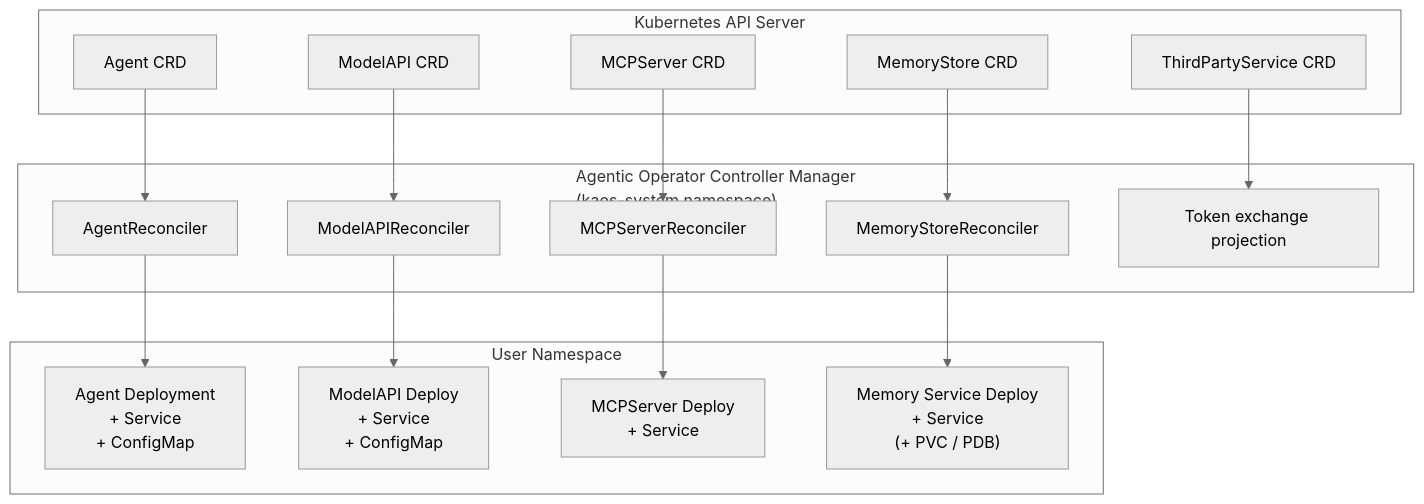
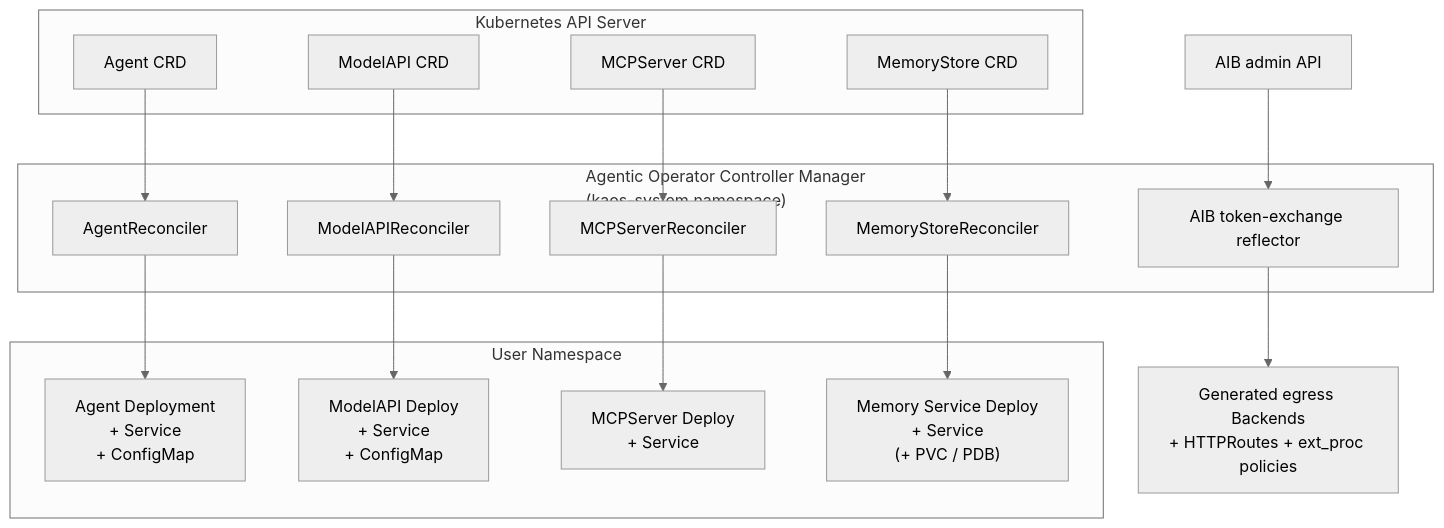
One commit to axsaucedo/kaos changed the first of 2 diagrams in docs/operator/overview.md. Above: the diagram before and after it, drawn with Mermaid (neutral theme). The commit also changed other lines of this file and 5 other files, not shown here.

Commit message:
docs: document AIB-native token exchange administration

````diff
--- a/docs/operator/overview.md
+++ b/docs/operator/overview.md
@@ -7,36 +7,36 @@
 ```mermaid
 flowchart TB
     subgraph api["Kubernetes API Server"]
         crd1["Agent CRD"]
         crd2["ModelAPI CRD"]
         crd3["MCPServer CRD"]
         crd4["MemoryStore CRD"]
-        crd5["ThirdPartyService CRD"]
     end
     
     subgraph controller["Agentic Operator Controller Manager<br/>(kaos-system namespace)"]
         ar["AgentReconciler"]
         mr["ModelAPIReconciler"]
         mcpr["MCPServerReconciler"]
         msr["MemoryStoreReconciler"]
-        tpsr["Token exchange projection"]
+        aibr["AIB token-exchange reflector"]
     end
     
     subgraph user["User Namespace"]
         ad["Agent Deployment<br/>+ Service<br/>+ ConfigMap"]
         md["ModelAPI Deploy<br/>+ Service<br/>+ ConfigMap"]
         mcpd["MCPServer Deploy<br/>+ Service"]
         msd["Memory Service Deploy<br/>+ Service<br/>(+ PVC / PDB)"]
     end
     
     crd1 --> ar
     crd2 --> mr
     crd3 --> mcpr
     crd4 --> msr
-    crd5 --> tpsr
+    AIB["AIB admin API"] --> aibr
     
     ar --> ad
     mr --> md
     mcpr --> mcpd
     msr --> msd
+    aibr --> egress["Generated egress Backends<br/>+ HTTPRoutes + ext_proc policies"]
 ```
````
